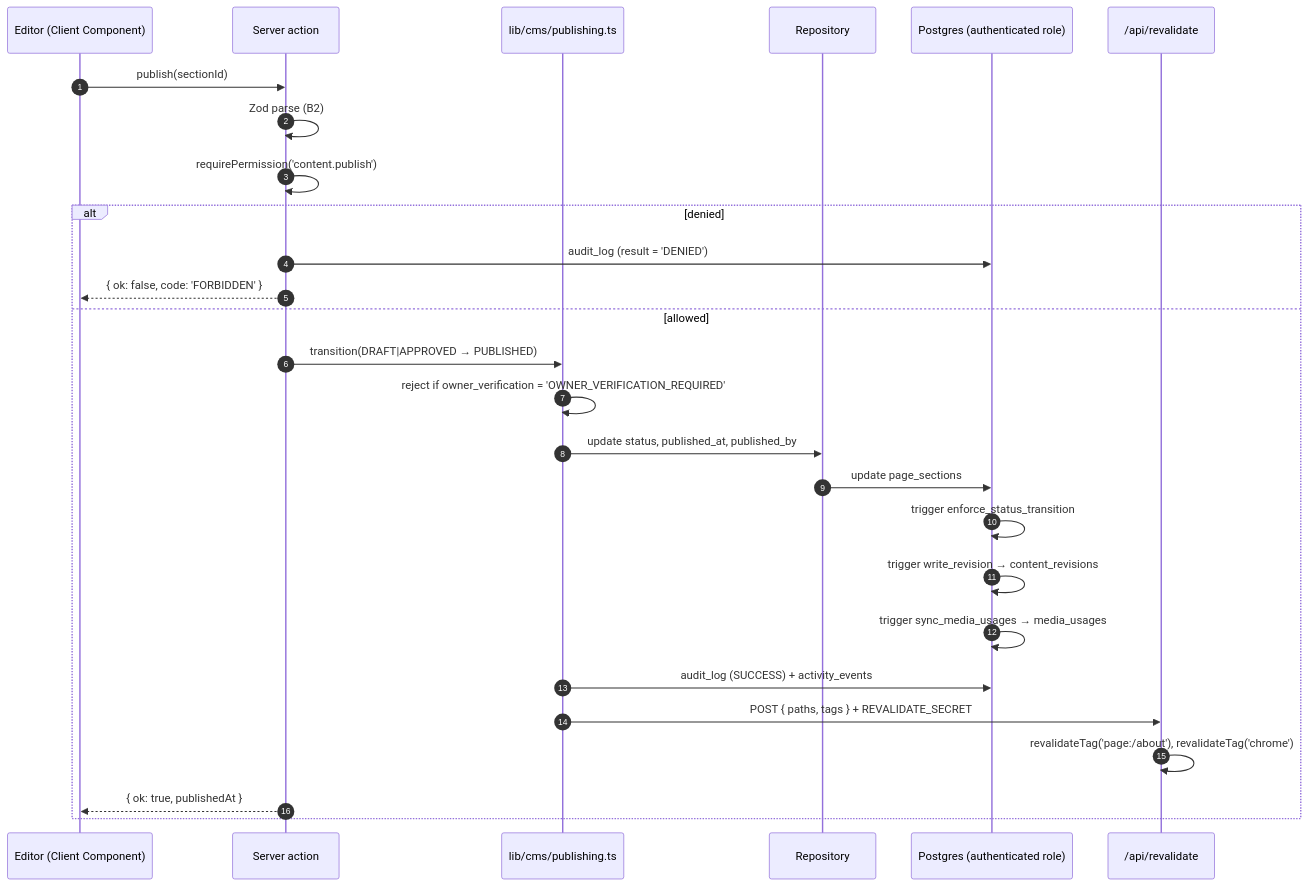
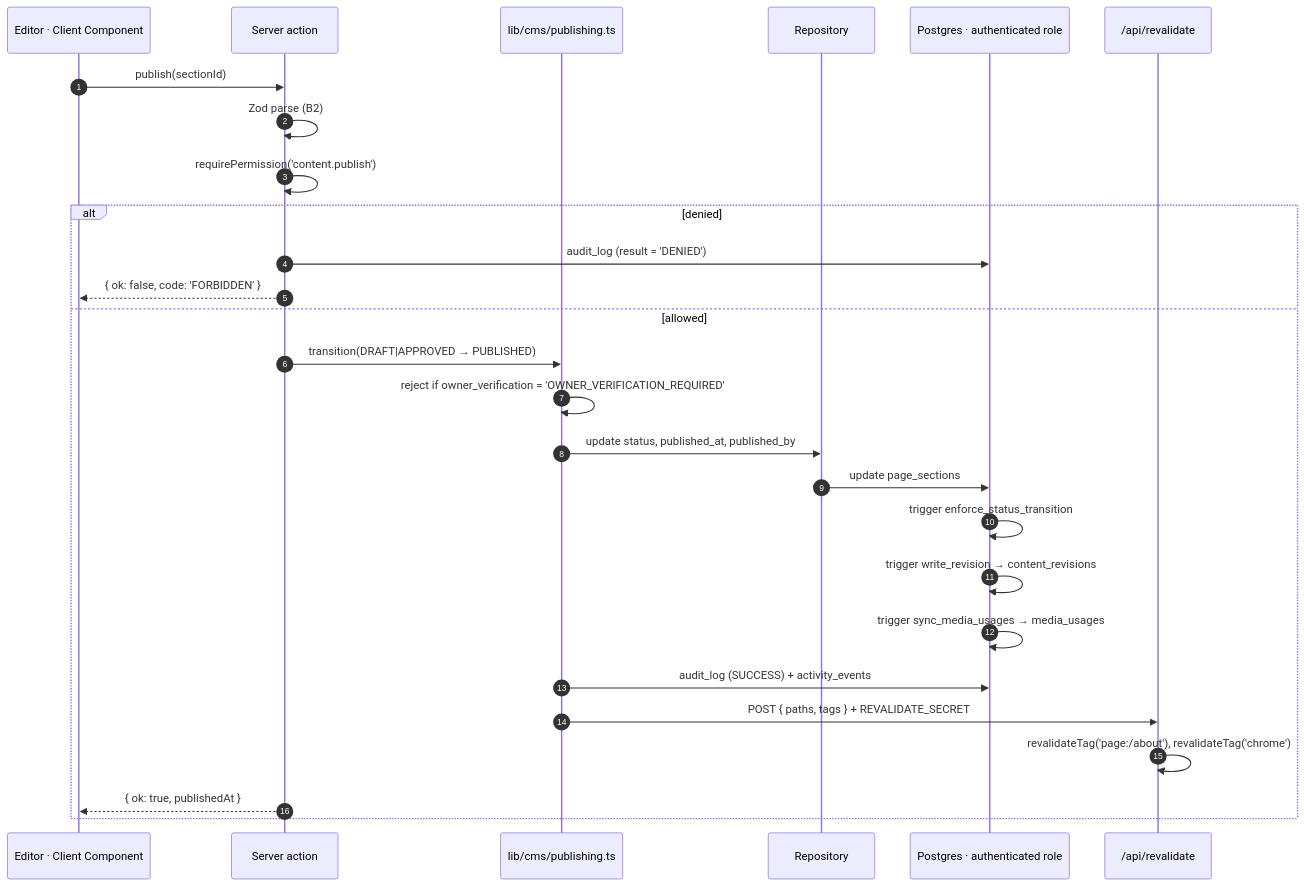
Before and after one commit to gondaliyabhavya70960/RivyaLivingArt: the third of 4 diagrams in docs/architecture/ARCHITECTURE.md, drawn with Mermaid. The commit also changed other lines of this file and 16 other files, not shown here.

````diff
--- a/docs/architecture/ARCHITECTURE.md
+++ b/docs/architecture/ARCHITECTURE.md
@@ -293,30 +293,30 @@
 ```mermaid
 sequenceDiagram
   autonumber
-  participant U as Editor (Client Component)
+  participant U as Editor · Client Component
   participant A as Server action
   participant P as lib/cms/publishing.ts
   participant R as Repository
-  participant DB as Postgres (authenticated role)
+  participant DB as Postgres · authenticated role
   participant RV as /api/revalidate
 
   U->>A: publish(sectionId)
   A->>A: Zod parse (B2)
   A->>A: requirePermission('content.publish')
   alt denied
     A->>DB: audit_log (result = 'DENIED')
     A-->>U: { ok: false, code: 'FORBIDDEN' }
   else allowed
     A->>P: transition(DRAFT|APPROVED → PUBLISHED)
     P->>P: reject if owner_verification = 'OWNER_VERIFICATION_REQUIRED'
     P->>R: update status, published_at, published_by
     R->>DB: update page_sections
     DB->>DB: trigger enforce_status_transition
     DB->>DB: trigger write_revision → content_revisions
     DB->>DB: trigger sync_media_usages → media_usages
     P->>DB: audit_log (SUCCESS) + activity_events
     P->>RV: POST { paths, tags } + REVALIDATE_SECRET
     RV->>RV: revalidateTag('page:/about'), revalidateTag('chrome')
     A-->>U: { ok: true, publishedAt }
   end
 ```
````
